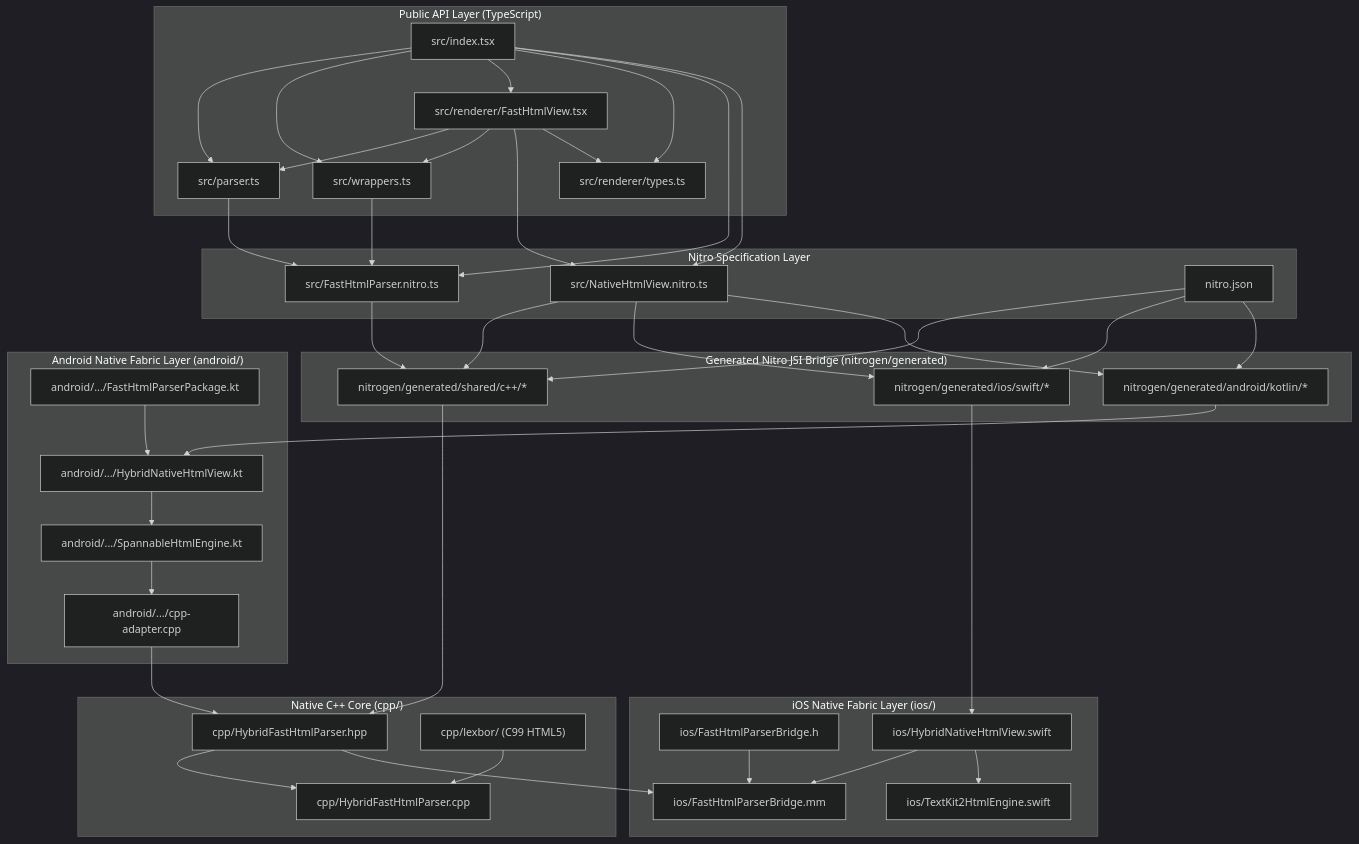
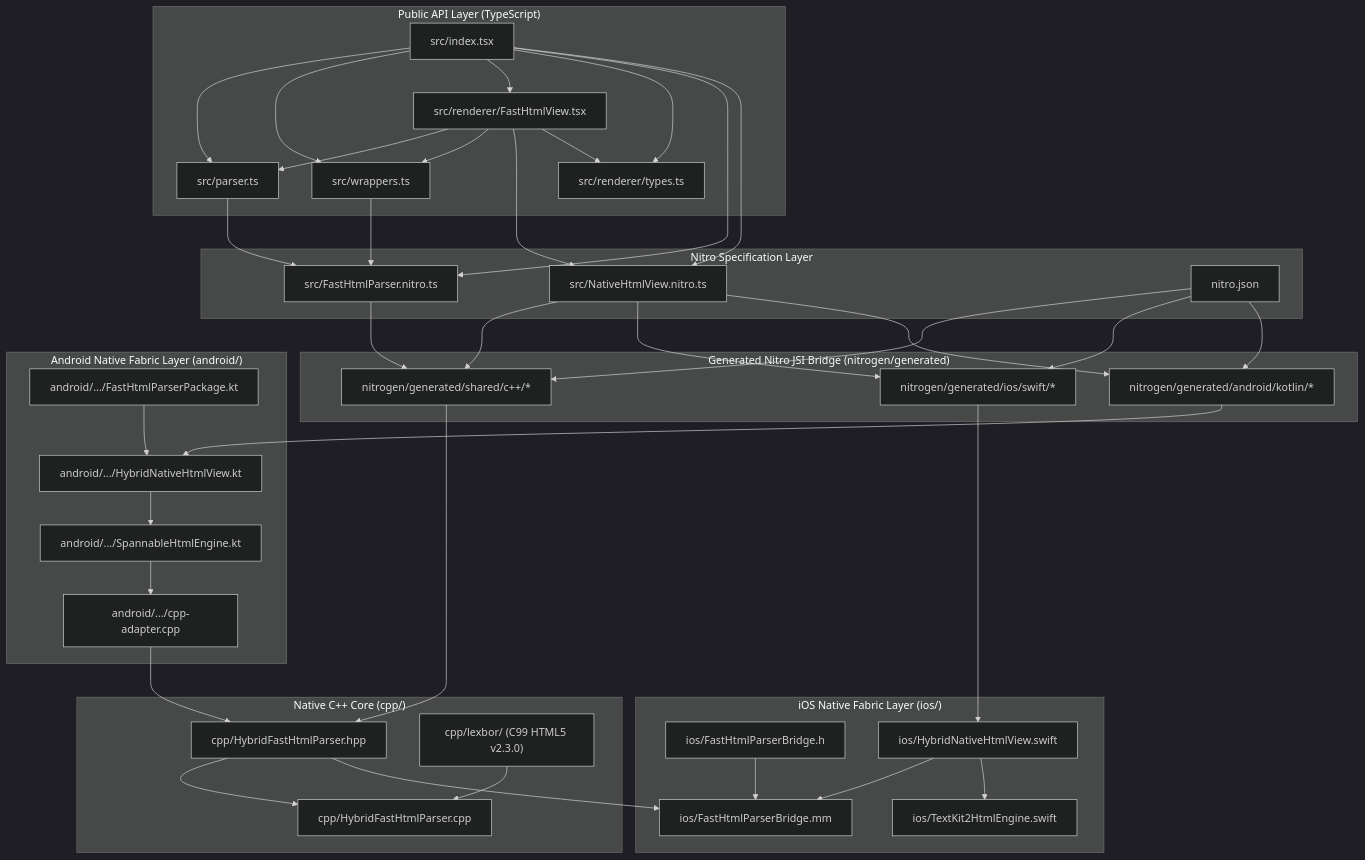
Before and after one commit to abhishekce17/react-native-nitro-html: the second of 3 diagrams in CODEBASE_UNDERSTANDING.md, drawn with Mermaid (dark theme). The commit also changed other lines of this file and 17 other files, not shown here.

```diff
--- a/CODEBASE_UNDERSTANDING.md
+++ b/CODEBASE_UNDERSTANDING.md
@@ -177,7 +216,7 @@
     subgraph "Native C++ Core (cpp/)"
         CppHeader["cpp/HybridFastHtmlParser.hpp"]
         CppImpl["cpp/HybridFastHtmlParser.cpp"]
-        LexborLib["cpp/lexbor/ (C99 HTML5)"]
+        LexborLib["cpp/lexbor/ (C99 HTML5 v2.3.0)"]
     end
 
     subgraph "iOS Native Fabric Layer (ios/)"
```
